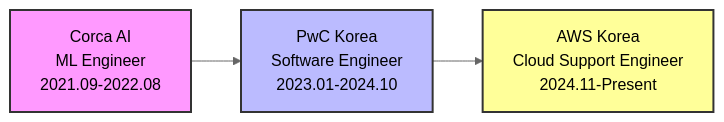
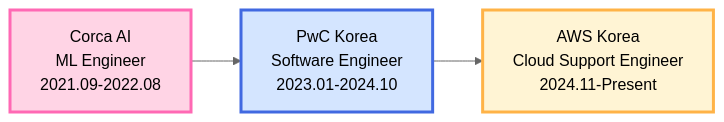
One commit to heyyzel/heyyzel changed the diagram in README.md. Above: the diagram before and after it, drawn with Mermaid (neutral theme). The commit also changed other lines of this file, not shown here.

Commit message:
Update LinkedIn URL and improve mermaid diagram colors
Change to pastel colors with better text visibility

````diff
--- a/README.md
+++ b/README.md
@@ -26,9 +26,9 @@
 ```mermaid
 graph LR
     A[Corca AI<br/>ML Engineer<br/>2021.09-2022.08] --> B[PwC Korea<br/>Software Engineer<br/>2023.01-2024.10]
     B --> C[AWS Korea<br/>Cloud Support Engineer<br/>2024.11-Present]
     
-    style A fill:#f9f,stroke:#333,stroke-width:2px
-    style B fill:#bbf,stroke:#333,stroke-width:2px
-    style C fill:#ff9,stroke:#333,stroke-width:2px
+    style A fill:#FFD4E5,stroke:#FF69B4,stroke-width:3px,color:#000
+    style B fill:#D4E5FF,stroke:#4169E1,stroke-width:3px,color:#000
+    style C fill:#FFF4D4,stroke:#FFB347,stroke-width:3px,color:#000
 ```
````
